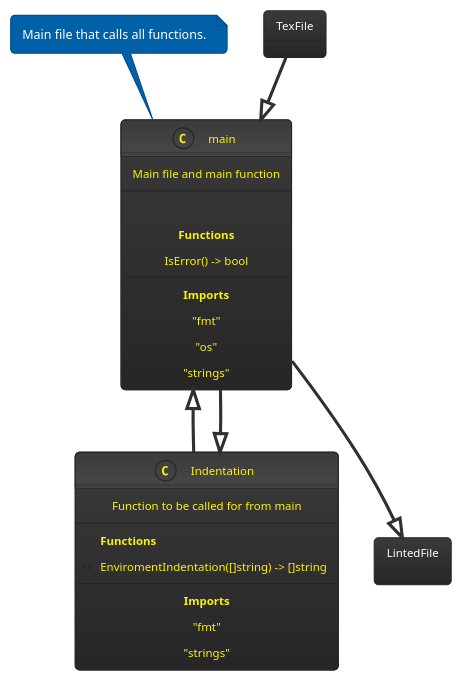
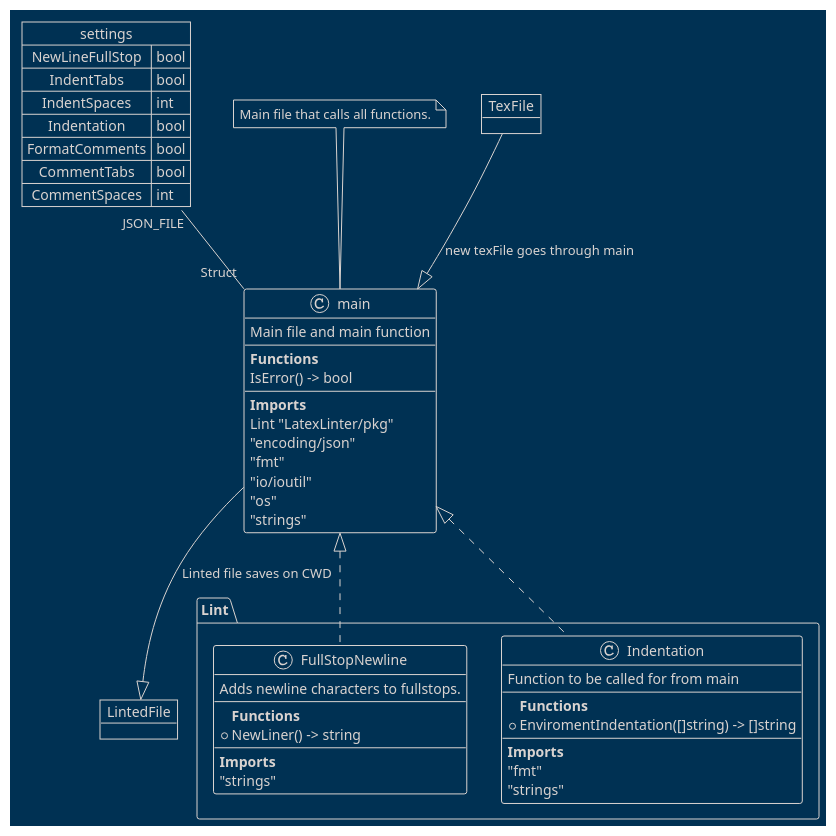
Before and after one commit to Joppps/PA1456-LaTeX-Linter: the diagram in uml.puml, drawn with PlantUML.

```diff
--- a/uml.puml
+++ b/uml.puml
@@ -1,37 +1,66 @@
 @startuml
-!theme black-knight
-class main {
-Main file and main function
+!theme blueprint
+
+package Lint {
+
+class FullStopNewline{
+Adds newline characters to fullstops.
 --
-
 **Functions**
-IsError() -> bool
++NewLiner() -> string
 --
 **Imports**
-"fmt"
-"os"
 "strings"
 }
 
 class Indentation{
 Function to be called for from main
 --
 **Functions**
 +EnviromentIndentation([]string) -> []string
 --
 **Imports**
 "fmt"
 "strings"
 }
+}
+
+
+map settings {
+	NewLineFullStop => bool
+	IndentTabs => bool
+	IndentSpaces => int
+	Indentation => bool
+	FormatComments => bool
+	CommentTabs => bool
+	CommentSpaces => int
+}
+
+
+class main {
+Main file and main function
+--
+**Functions**
+IsError() -> bool
+--
+**Imports**
+Lint "LatexLinter/pkg"
+"encoding/json"
+"fmt"
+"io/ioutil"
+"os"
+"strings"
+}
+
+
 
 note top of main : Main file that calls all functions.
 
 object TexFile
 object LintedFile
-
-main <|-- Indentation
-Indentation <|-- main
-TexFile --|> main
-main --|> LintedFile
-
+settings "JSON_FILE"--"Struct" main
+main <|.. Indentation
+TexFile --|> main : new texFile goes through main
+main --|> LintedFile : Linted file saves on CWD
+main <|.. FullStopNewline
 @enduml
```
